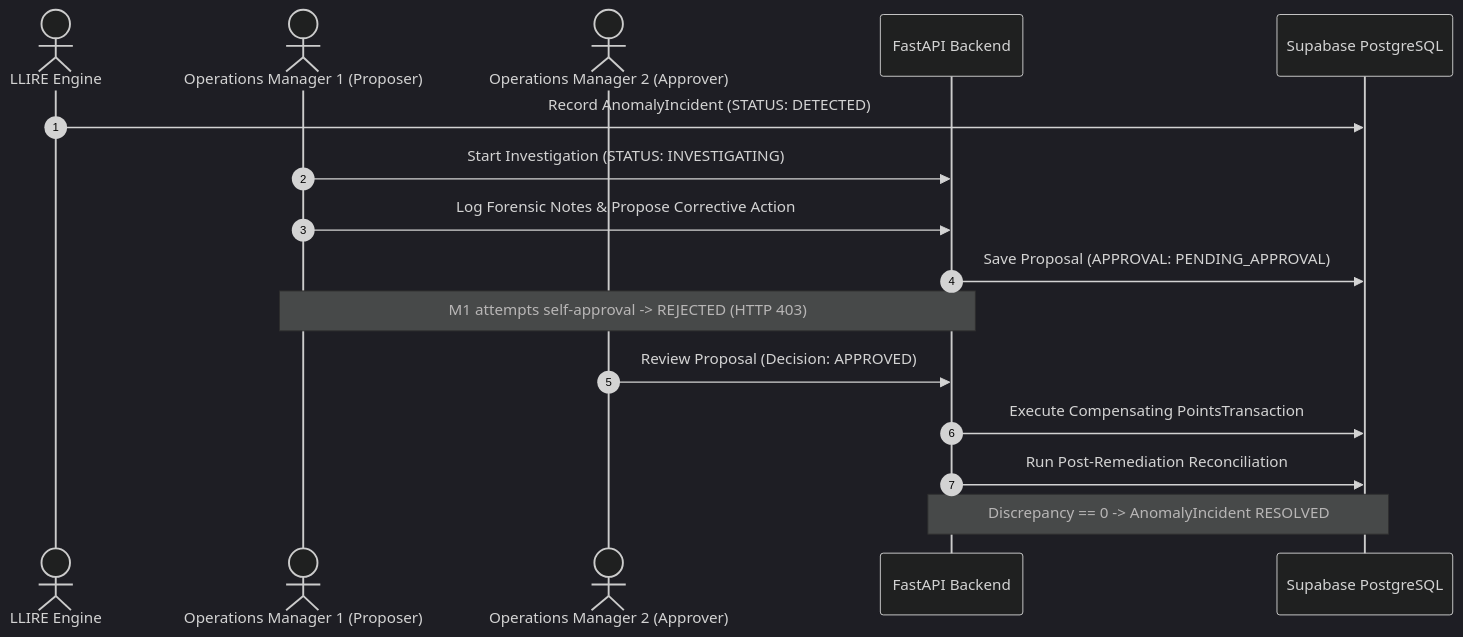
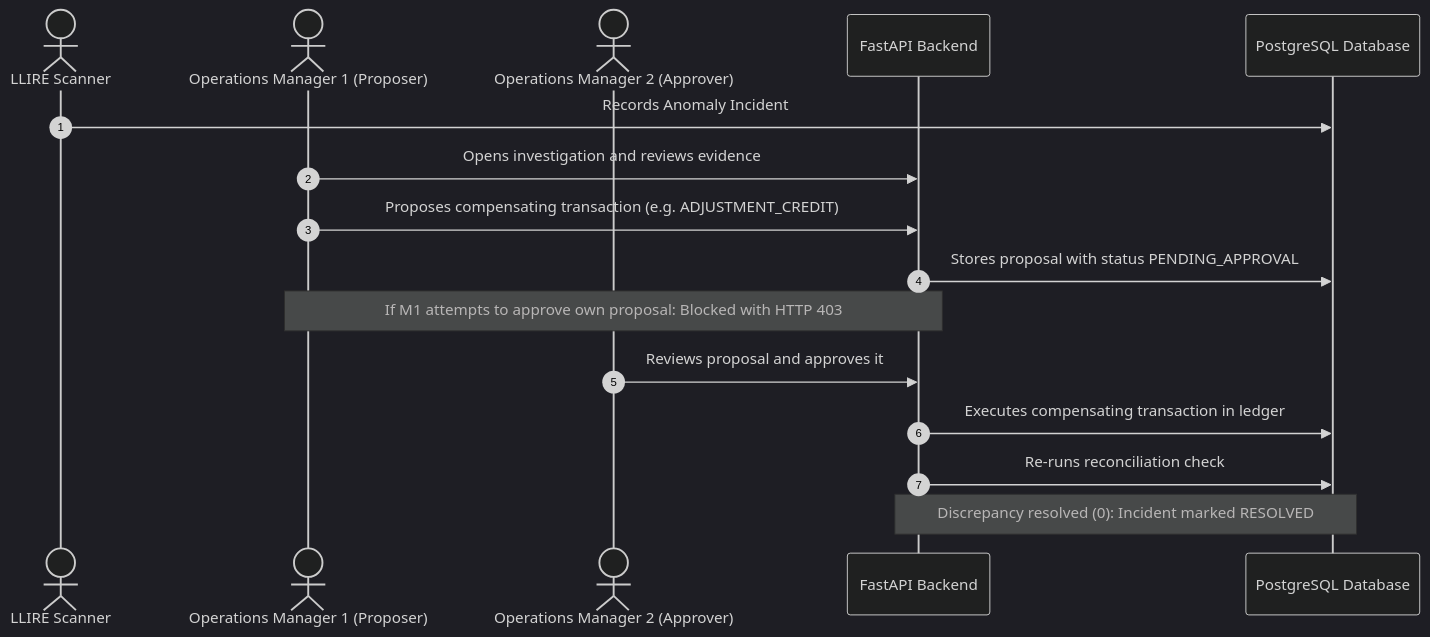
One commit to dandetejaswini/LoyaltyOS changed the second of 2 diagrams in docs/ARCHITECTURE.md. Above: the diagram before and after it, drawn with Mermaid (dark theme). The commit also changed other lines of this file and 14 other files, not shown here.

````diff
--- a/docs/ARCHITECTURE.md
+++ b/docs/ARCHITECTURE.md
@@ -193,19 +156,19 @@
 ```mermaid
 sequenceDiagram
     autonumber
-    actor LLIRE as LLIRE Engine
+    actor LLIRE as LLIRE Scanner
     actor M1 as Operations Manager 1 (Proposer)
     actor M2 as Operations Manager 2 (Approver)
     participant API as FastAPI Backend
-    participant DB as Supabase PostgreSQL
+    participant DB as PostgreSQL Database
 
-    LLIRE->>DB: Record AnomalyIncident (STATUS: DETECTED)
-    M1->>API: Start Investigation (STATUS: INVESTIGATING)
-    M1->>API: Log Forensic Notes & Propose Corrective Action
-    API->>DB: Save Proposal (APPROVAL: PENDING_APPROVAL)
-    Note over M1,API: M1 attempts self-approval -> REJECTED (HTTP 403)
-    M2->>API: Review Proposal (Decision: APPROVED)
-    API->>DB: Execute Compensating PointsTransaction
-    API->>DB: Run Post-Remediation Reconciliation
-    Note over API,DB: Discrepancy == 0 -> AnomalyIncident RESOLVED
+    LLIRE->>DB: Records Anomaly Incident
+    M1->>API: Opens investigation and reviews evidence
+    M1->>API: Proposes compensating transaction (e.g. ADJUSTMENT_CREDIT)
+    API->>DB: Stores proposal with status PENDING_APPROVAL
+    Note over M1,API: If M1 attempts to approve own proposal: Blocked with HTTP 403
+    M2->>API: Reviews proposal and approves it
+    API->>DB: Executes compensating transaction in ledger
+    API->>DB: Re-runs reconciliation check
+    Note over API,DB: Discrepancy resolved (0): Incident marked RESOLVED
 ```
````
